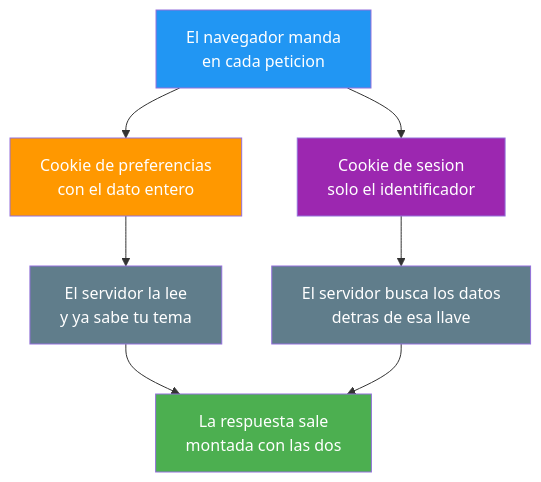
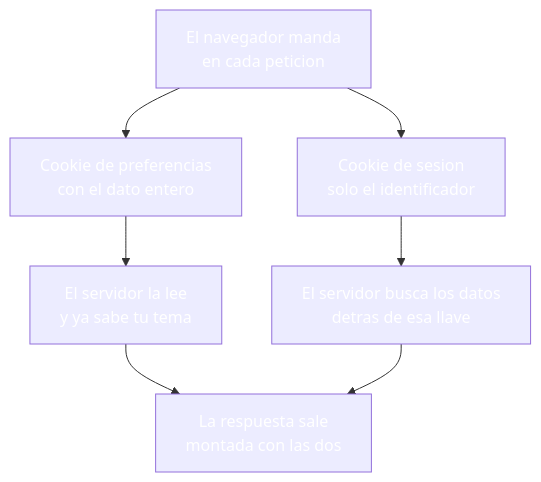
One commit to joseluisgs/DesarrolloWebEntornosServidor-03-2026-2027 changed the seventh of 7 diagrams in 18-cookies-sesiones-cliente.md. Above: the diagram before and after it, drawn with Mermaid. The commit also changed other lines of this file and 30 other files, not shown here.

````diff
--- a/18-cookies-sesiones-cliente.md
+++ b/18-cookies-sesiones-cliente.md
@@ -520,15 +520,15 @@
 ```mermaid
 graph TD
     N["El navegador manda<br/>en cada peticion"] --> C1["Cookie de preferencias<br/>con el dato entero"]
     N --> C2["Cookie de sesion<br/>solo el identificador"]
     C1 --> L1["El servidor la lee<br/>y ya sabe tu tema"]
     C2 --> L2["El servidor busca los datos<br/>detras de esa llave"]
     L1 --> R["La respuesta sale<br/>montada con las dos"]
     L2 --> R
-    style N fill:#2196F3,color:#fff
-    style C1 fill:#FF9800,color:#fff
-    style C2 fill:#9C27B0,color:#fff
-    style L1 fill:#607D8B,color:#fff
-    style L2 fill:#607D8B,color:#fff
-    style R fill:#4CAF50,color:#fff
+    style N fill:#2196F,color:#fff3,color:#fff
+    style C1 fill:#FF980,color:#fff0,color:#fff
+    style C2 fill:#9C27B,color:#fff0,color:#fff
+    style L1 fill:#607D8,color:#fffB,color:#fff
+    style L2 fill:#607D8,color:#fffB,color:#fff
+    style R fill:#4CAF5,color:#fff0,color:#fff
 ```
````
